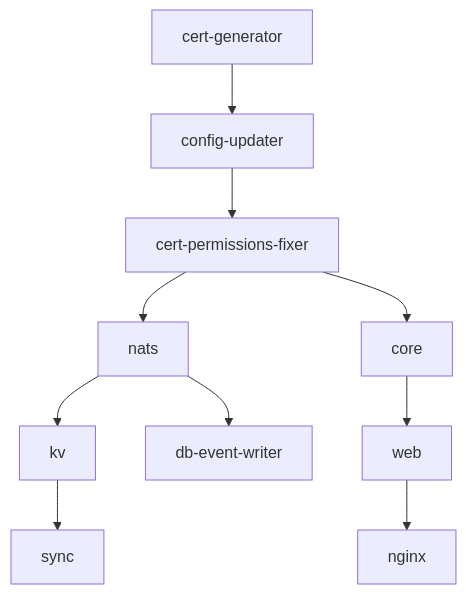
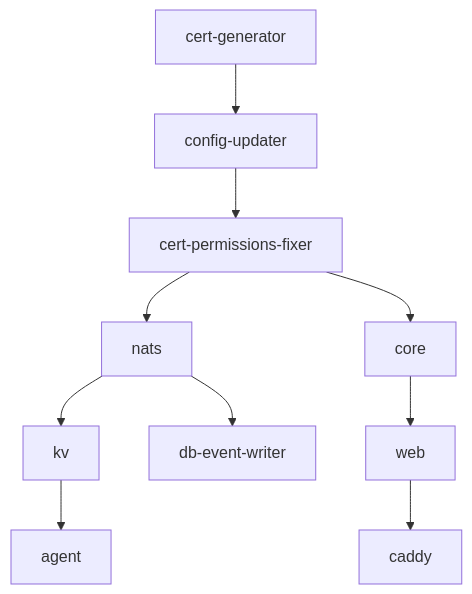
The diagram in docs/docs/docker-setup.md (carverauto/serviceradar), drawn with Mermaid before and after one commit. The commit also changed other lines of this file and 287 other files, not shown here.

````diff
--- a/docs/docs/docker-setup.md
+++ b/docs/docs/docker-setup.md
@@ -647,12 +655,12 @@
 ```mermaid
 graph TD
     A[cert-generator] --> B[config-updater]
     B --> C[cert-permissions-fixer]
     C --> D[nats]
     C --> E[core]
     D --> F[kv]
     E --> G[web]
-    G --> H[nginx]
-    F --> I[sync]
+    G --> H[caddy]
+    F --> I[agent]
     D --> J[db-event-writer]
 ```
````
